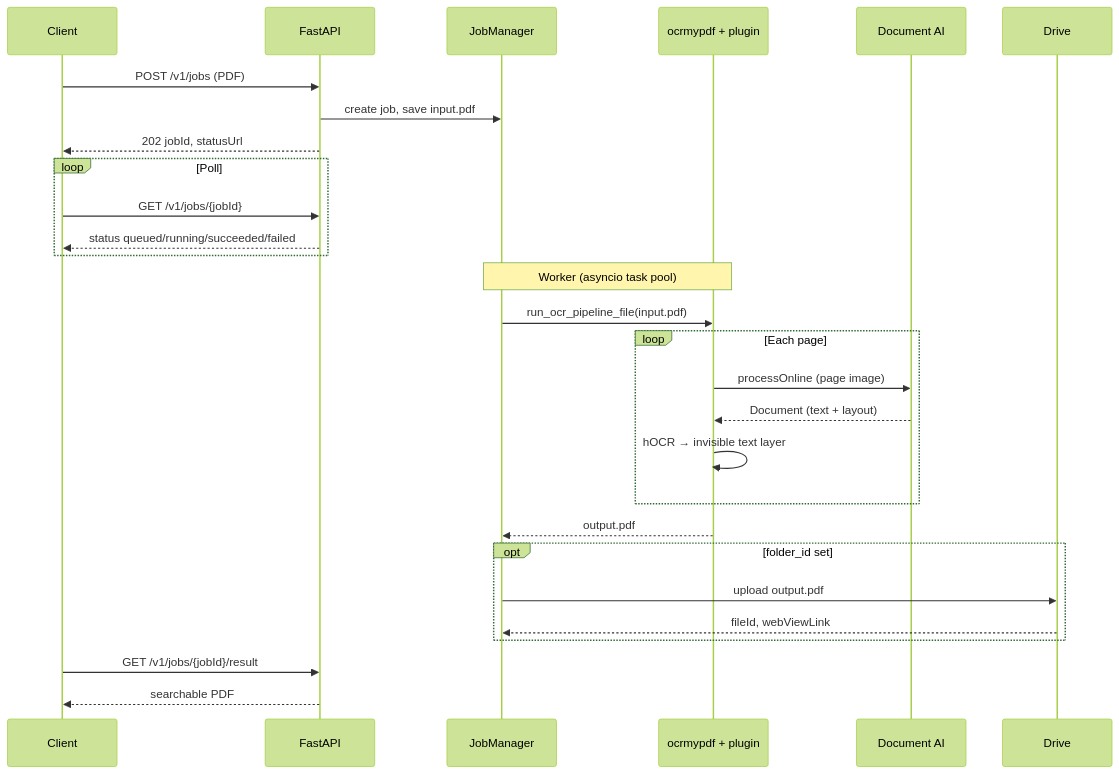
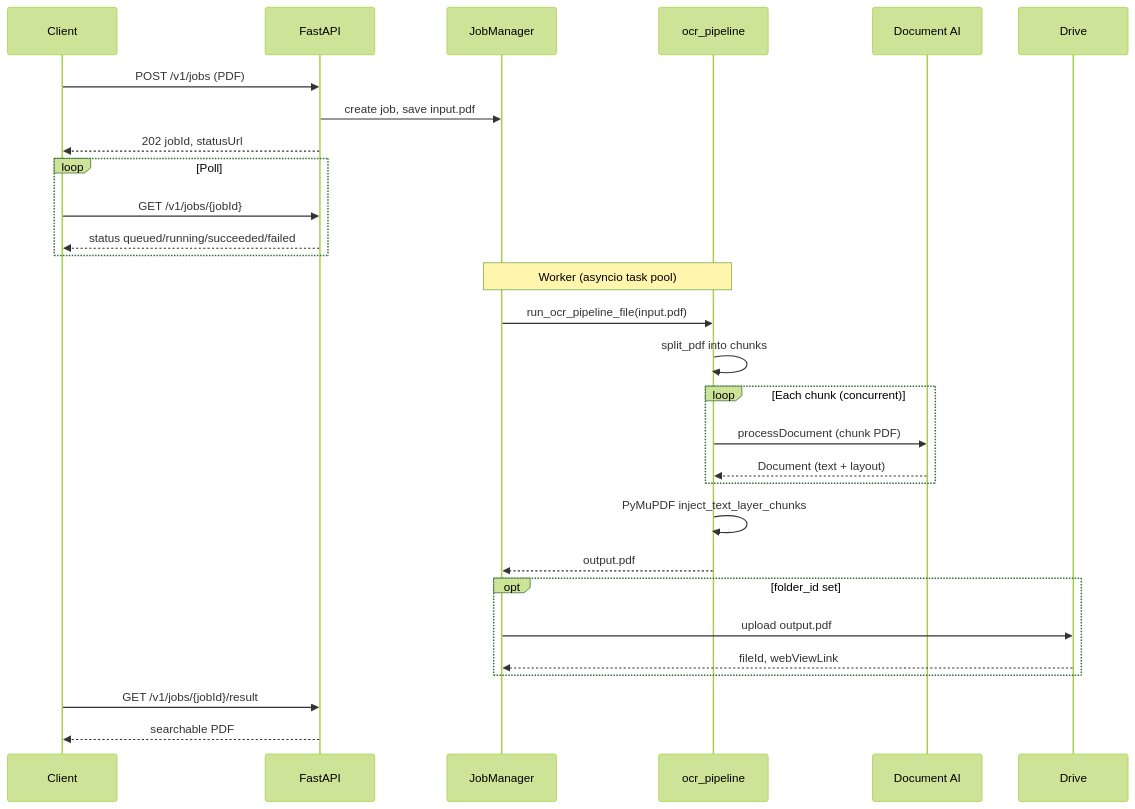
The second of 2 diagrams in README.md (standoge/ocrapi), drawn with Mermaid (forest theme) before and after one commit. The commit also changed other lines of this file, not shown here.

Commit message:
docs: update architecture to reflect PyMuPDF and online OCR pipeline

````diff
--- a/README.md
+++ b/README.md
@@ -93,35 +97,36 @@
 ```mermaid
 sequenceDiagram
     participant C as Client
     participant API as FastAPI
     participant JM as JobManager
-    participant OCR as ocrmypdf + plugin
+    participant OCR as ocr_pipeline
     participant DAI as Document AI
     participant D as Drive
 
     C->>API: POST /v1/jobs (PDF)
     API->>JM: create job, save input.pdf
     API-->>C: 202 jobId, statusUrl
 
     loop Poll
         C->>API: GET /v1/jobs/{jobId}
         API-->>C: status queued/running/succeeded/failed
     end
 
     Note over JM,OCR: Worker (asyncio task pool)
     JM->>OCR: run_ocr_pipeline_file(input.pdf)
-    loop Each page
-        OCR->>DAI: processOnline (page image)
+    OCR->>OCR: split_pdf into chunks
+    loop Each chunk (concurrent)
+        OCR->>DAI: processDocument (chunk PDF)
         DAI-->>OCR: Document (text + layout)
-        OCR->>OCR: hOCR → invisible text layer
     end
+    OCR->>OCR: PyMuPDF inject_text_layer_chunks
     OCR-->>JM: output.pdf
 
     opt folder_id set
         JM->>D: upload output.pdf
         D-->>JM: fileId, webViewLink
     end
 
     C->>API: GET /v1/jobs/{jobId}/result
     API-->>C: searchable PDF
 ```
````
